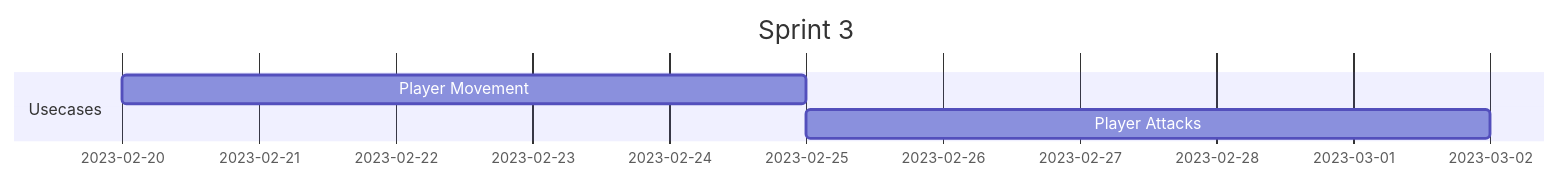
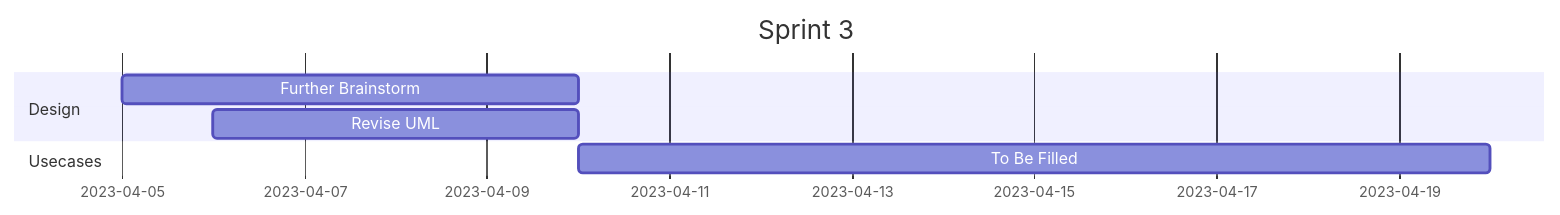
Before and after one commit to PausedMagician/Knight-Crawler: the fifth of 6 diagrams in README.md, drawn with Mermaid. The commit also changed other lines of this file and 2 other files, not shown here.

Commit message:
Readme and Diagrams

````diff
--- a/README.md
+++ b/README.md
@@ -34,10 +56,12 @@
 ```mermaid
 gantt
     dateFormat  DD-MM-YYYY
     title       Sprint 3
     %% 15 days in total
 
+    section Design
+    Further Brainstorm          :           BS, 2023-04-05, 5d
+    Revise UML                  :           UM, 2023-04-06, 4d
     section Usecases
-    Player Movement             :           PM, 2023-02-20, 5d
-    Player Attacks              :           PA, after PM, 5d
+    To Be Filled                :           2023-04-10, 10d
 ```
````
